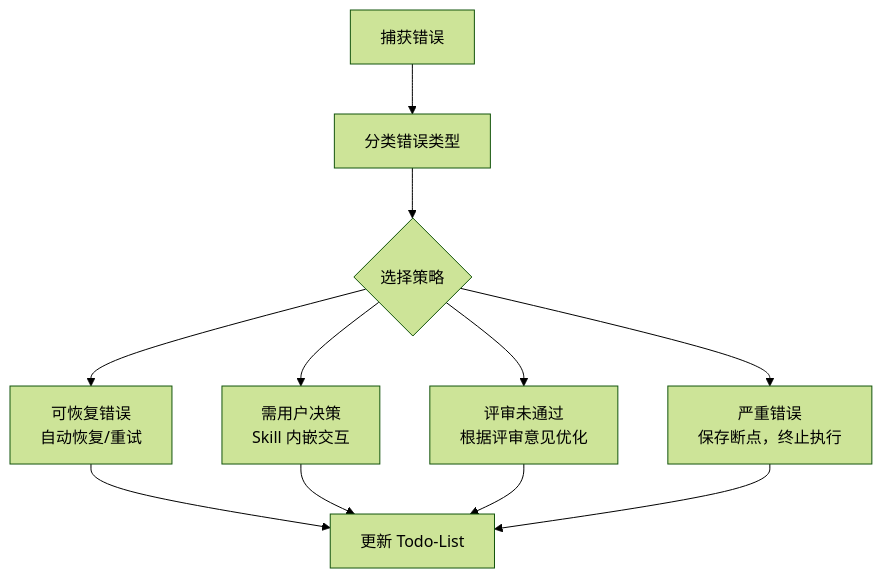
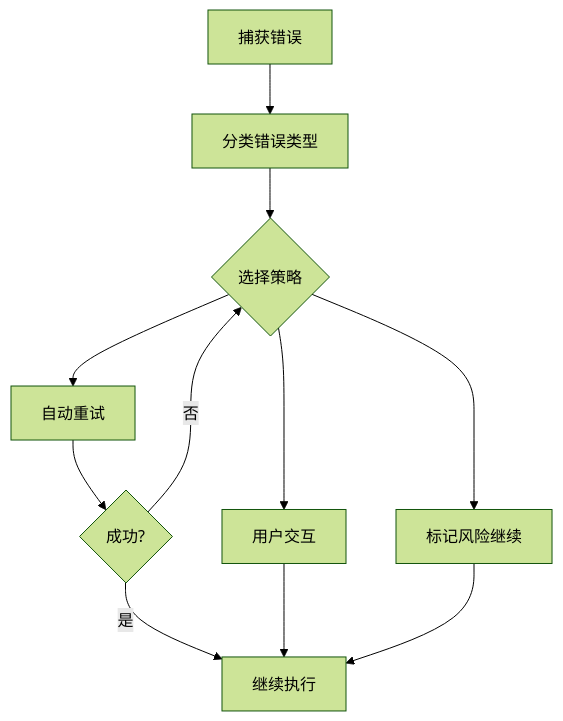
One commit to HeartFlying/swf changed the second of 3 diagrams in agents/coordinator-architecture.md. Above: the diagram before and after it, drawn with Mermaid (forest theme). The commit also changed other lines of this file and 16 other files, not shown here.

````diff
--- a/agents/coordinator-architecture.md
+++ b/agents/coordinator-architecture.md
@@ -367,13 +348,13 @@
 ```mermaid
 flowchart TD
     Error[捕获错误] --> Classify[分类错误类型]
     Classify --> Strategy{选择策略}
-    Strategy --> Recover[可恢复错误<br/>自动恢复/重试]
-    Strategy --> User[需用户决策<br/>Skill 内嵌交互]
-    Strategy --> Optimize[评审未通过<br/>根据评审意见优化]
-    Strategy --> Critical[严重错误<br/>保存断点，终止执行]
-    Recover --> Update[更新 Todo-List]
-    User --> Update
-    Optimize --> Update
-    Critical --> Update
+    Strategy --> Retry[自动重试]
+    Strategy --> Interact[用户交互]
+    Strategy --> Risk[标记风险继续]
+    Retry --> Success{成功?}
+    Success -->|是| Continue[继续执行]
+    Success -->|否| Strategy
+    Interact --> Continue
+    Risk --> Continue
 ```
````
